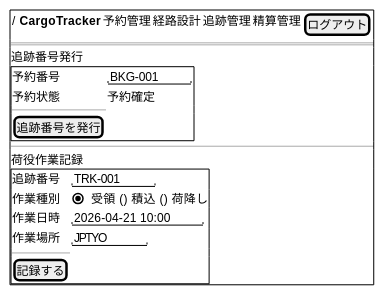
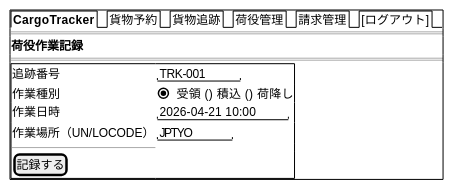
The sixth of 7 diagrams in docs/development/iteration_plan-7.md (k2works/case-study-cargo-tracker), drawn with PlantUML before and after one commit. The commit also changed other lines of this file, not shown here.

````diff
--- a/docs/development/iteration_plan-7.md
+++ b/docs/development/iteration_plan-7.md
@@ -272,25 +315,18 @@
 ```plantuml
 @startsalt
 {+
-  { / <b>CargoTracker</b> | 予約管理 | 経路設計 | 追跡管理 | 精算管理 | [ログアウト] }
+  {/ <b>CargoTracker</b> | 貨物予約 | 貨物追跡 | 荷役管理 | 請求管理 | [ログアウト] }
   ==
-  追跡番号発行
-  {+
-    予約番号     | "BKG-001   "
-    予約状態     | 予約確定
-    -----
-    [追跡番号を発行]
-  }
-  --
-  荷役作業記録
+  <b>荷役作業記録</b>
+  ==
   {+
     追跡番号     | "TRK-001   "
     作業種別     | (X) 受領  () 積込  () 荷降し
     作業日時     | "2026-04-21 10:00"
-    作業場所     | "JPTYO    "
+    作業場所（UN/LOCODE）| "JPTYO    "
     -----
     [記録する]
   }
 }
 @endsalt
 ```
````
